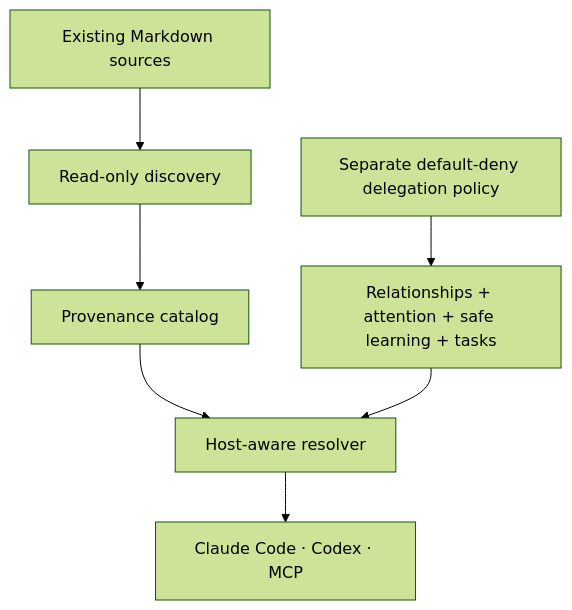
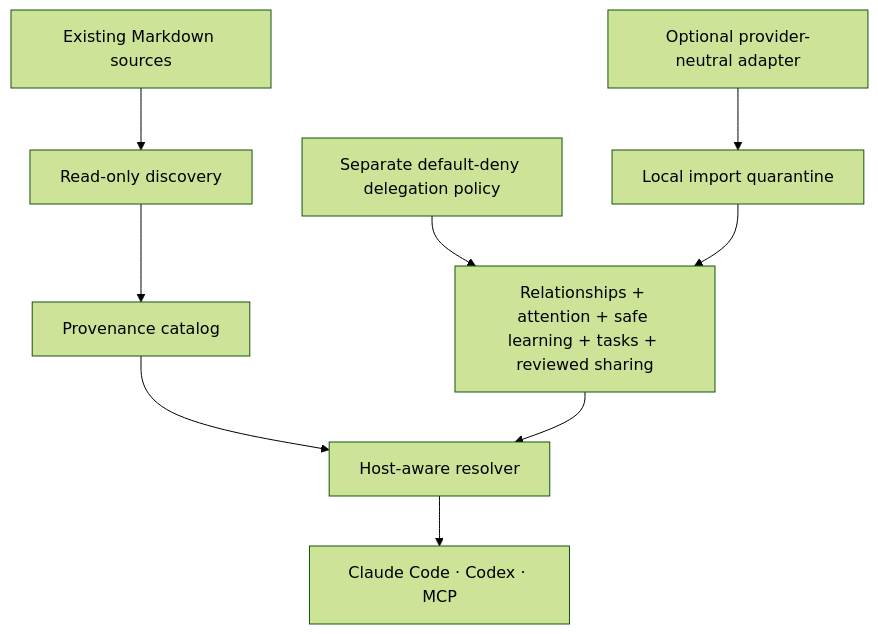
The first of 2 diagrams in README.md (Maykbiletti/AgentSpine), drawn with Mermaid (forest theme) before and after one commit. The commit also changed other lines of this file and 19 other files, not shown here.

````diff
--- a/README.md
+++ b/README.md
@@ -30,9 +30,10 @@
 ```mermaid
 flowchart TB
     A["Existing Markdown sources"] --> B["Read-only discovery"]
     B --> C["Provenance catalog"]
     C --> D["Host-aware resolver"]
-    F["Relationships + attention + safe learning + tasks"] --> D
+    F["Relationships + attention + safe learning + tasks + reviewed sharing"] --> D
     P["Separate default-deny delegation policy"] --> F
+    X["Optional provider-neutral adapter"] --> Q["Local import quarantine"] --> F
     D --> E["Claude Code · Codex · MCP"]
 ```
````
